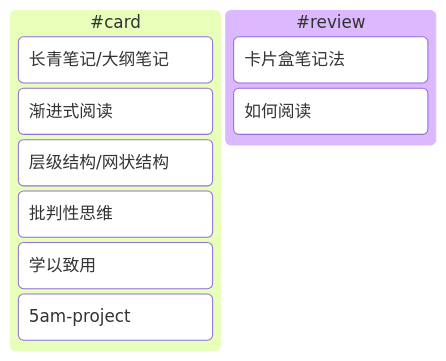
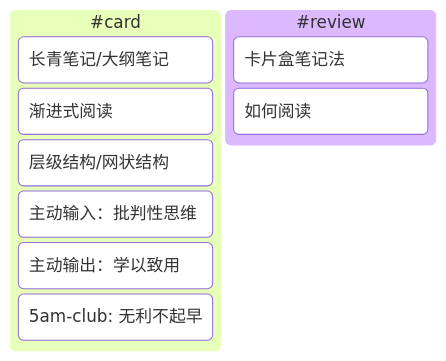
The diagram in README.md (El25Aleph/_Aleph), drawn with Mermaid before and after one commit. The commit also changed other lines of this file and 3 other files, not shown here.

````diff
--- a/README.md
+++ b/README.md
@@ -4,13 +4,13 @@
 ```mermaid
 kanban
   #card
     长青笔记/大纲笔记
     渐进式阅读
     层级结构/网状结构
-    批判性思维
-    学以致用
-    5am-project
+    主动输入：批判性思维
+    主动输出：学以致用
+    5am-club: 无利不起早
   #review
     卡片盒笔记法
     如何阅读
 ```
````
